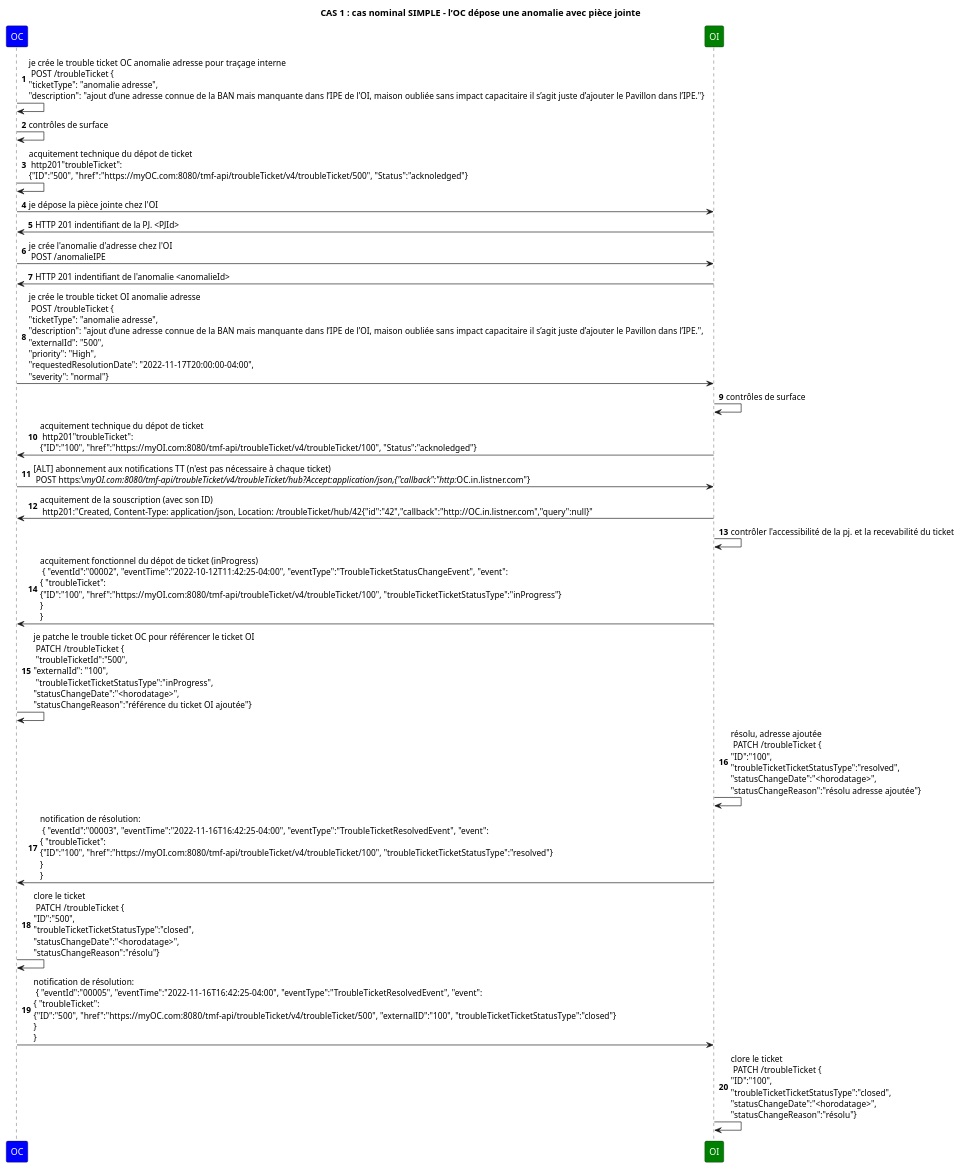
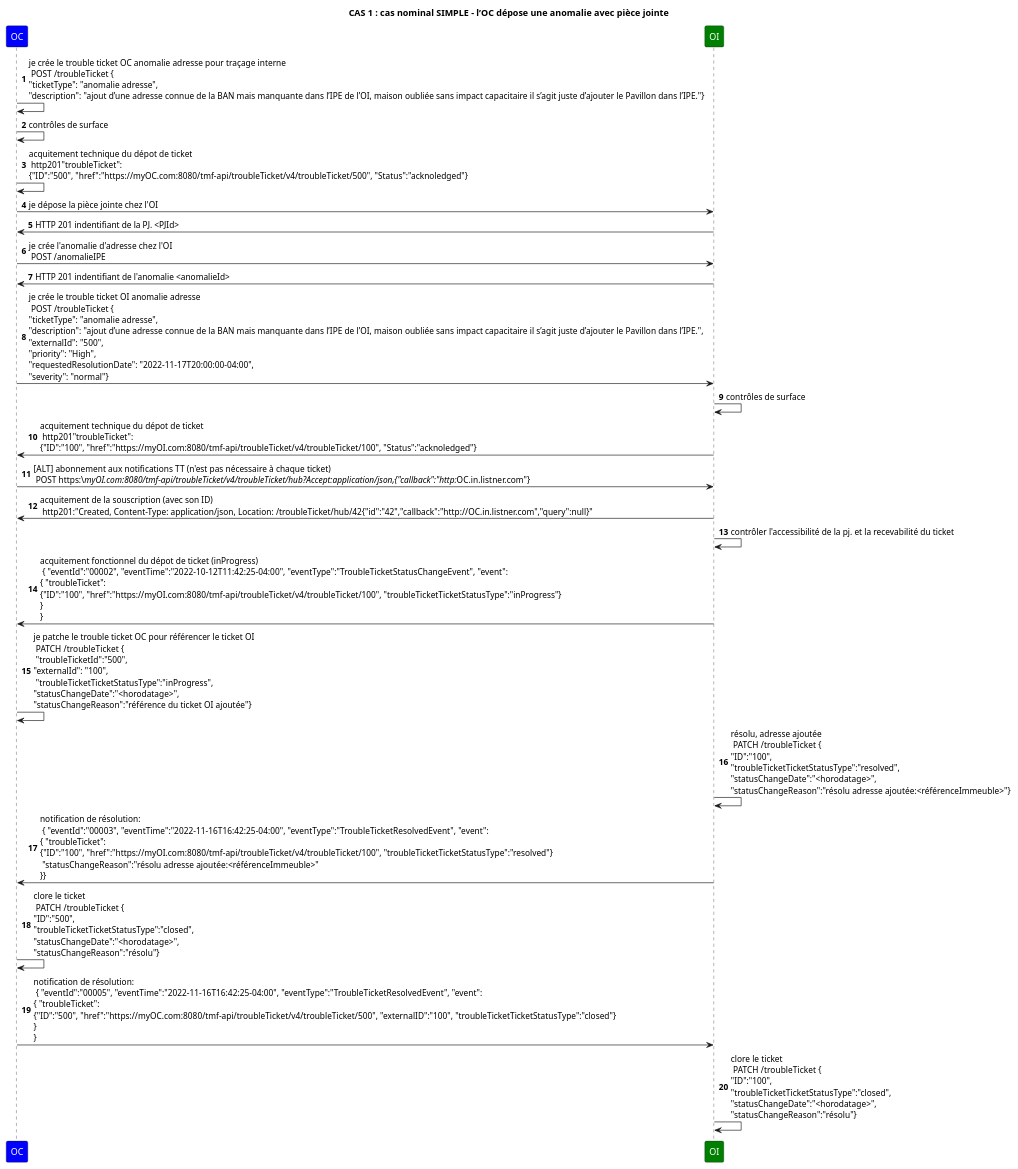
One commit to before-interop/anomalieAdresse changed the diagram in UC1_nominal.puml. Above: the diagram before and after it, drawn with PlantUML. The commit also changed other lines of this file, not shown here.

Commit message:
ajout référence immeuble dans séq 16 & 17

```diff
--- a/UC1_nominal.puml
+++ b/UC1_nominal.puml
@@ -1,55 +1,55 @@
 @startuml
 
 skinparam ParticipantFontColor automatic
 
 title: CAS 1 : cas nominal SIMPLE - l’OC dépose une anomalie avec pièce jointe 
 
 autonumber
 
 participant OC #Blue
 participant OI #Green
 
 
 OC->OC: je crée le trouble ticket OC anomalie adresse pour traçage interne \n POST /troubleTicket {\n"ticketType": "anomalie adresse",\n"description": "ajout d’une adresse connue de la BAN mais manquante dans l’IPE de l’OI, maison oubliée sans impact capacitaire il s’agit juste d’ajouter le Pavillon dans l’IPE."}
 OC->OC: contrôles de surface
 OC->OC: acquitement technique du dépot de ticket \n http201"troubleTicket": \n{"ID":"500", "href":"https://myOC.com:8080/tmf-api/troubleTicket/v4/troubleTicket/500", "Status":"acknoledged"}
 
 OC->OI: je dépose la pièce jointe chez l'OI
 OI->OC: HTTP 201 indentifiant de la PJ. <PJId>
 OC->OI: je crée l'anomalie d'adresse chez l'OI \n POST /anomalieIPE
 OI->OC: HTTP 201 indentifiant de l'anomalie <anomalieId>
 
 
 OC->OI: je crée le trouble ticket OI anomalie adresse \n POST /troubleTicket {\n"ticketType": "anomalie adresse",\n"description": "ajout d’une adresse connue de la BAN mais manquante dans l’IPE de l’OI, maison oubliée sans impact capacitaire il s’agit juste d’ajouter le Pavillon dans l’IPE.",\n"externalId": "500",\n"priority": "High",\n"requestedResolutionDate": "2022-11-17T20:00:00-04:00",\n"severity": "normal"}
 
 OI->OI: contrôles de surface
 
 OI->OC: acquitement technique du dépot de ticket \n http201"troubleTicket": \n{"ID":"100", "href":"https://myOI.com:8080/tmf-api/troubleTicket/v4/troubleTicket/100", "Status":"acknoledged"}
 
 
 OC->OI: [ALT] abonnement aux notifications TT (n'est pas nécessaire à chaque ticket) \n POST https:\//myOI.com:8080/tmf-api/troubleTicket/v4/troubleTicket/hub?Accept:application/json,{"callback":"http://OC.in.listner.com"}
 
 OI->OC: acquitement de la souscription (avec son ID) \n http201:"Created, Content-Type: application/json, Location: /troubleTicket/hub/42{"id":"42","callback":"http://OC.in.listner.com","query":null}"
 
 
 OI->OI: contrôler l'accessibilité de la pj. et la recevabilité du ticket
 
 OI->OC: acquitement fonctionnel du dépot de ticket (inProgress) \n { "eventId":"00002", "eventTime":"2022-10-12T11:42:25-04:00", "eventType":"TroubleTicketStatusChangeEvent", "event": \n{ "troubleTicket": \n{"ID":"100", "href":"https://myOI.com:8080/tmf-api/troubleTicket/v4/troubleTicket/100", "troubleTicketTicketStatusType":"inProgress"}\n} \n}
 
 OC->OC: je patche le trouble ticket OC pour référencer le ticket OI \n PATCH /troubleTicket {\n "troubleTicketId":"500",\n"externalId": "100",\n "troubleTicketTicketStatusType":"inProgress",\n"statusChangeDate":"<horodatage>",\n"statusChangeReason":"référence du ticket OI ajoutée"}
 
-OI->OI: résolu, adresse ajoutée \n PATCH /troubleTicket {\n"ID":"100",\n"troubleTicketTicketStatusType":"resolved",\n"statusChangeDate":"<horodatage>",\n"statusChangeReason":"résolu adresse ajoutée"}
+OI->OI: résolu, adresse ajoutée \n PATCH /troubleTicket {\n"ID":"100",\n"troubleTicketTicketStatusType":"resolved",\n"statusChangeDate":"<horodatage>",\n"statusChangeReason":"résolu adresse ajoutée:<référenceImmeuble>"}
 
-OI->OC: notification de résolution: \n { "eventId":"00003", "eventTime":"2022-11-16T16:42:25-04:00", "eventType":"TroubleTicketResolvedEvent", "event": \n{ "troubleTicket": \n{"ID":"100", "href":"https://myOI.com:8080/tmf-api/troubleTicket/v4/troubleTicket/100", "troubleTicketTicketStatusType":"resolved"}\n} \n}
+OI->OC: notification de résolution: \n { "eventId":"00003", "eventTime":"2022-11-16T16:42:25-04:00", "eventType":"TroubleTicketResolvedEvent", "event": \n{ "troubleTicket": \n{"ID":"100", "href":"https://myOI.com:8080/tmf-api/troubleTicket/v4/troubleTicket/100", "troubleTicketTicketStatusType":"resolved"}\n "statusChangeReason":"résolu adresse ajoutée:<référenceImmeuble>"\n}}
 
 
 OC->OC: clore le ticket \n PATCH /troubleTicket {\n"ID":"500",\n"troubleTicketTicketStatusType":"closed",\n"statusChangeDate":"<horodatage>",\n"statusChangeReason":"résolu"}
 
 OC->OI: notification de résolution: \n { "eventId":"00005", "eventTime":"2022-11-16T16:42:25-04:00", "eventType":"TroubleTicketResolvedEvent", "event": \n{ "troubleTicket": \n{"ID":"500", "href":"https://myOC.com:8080/tmf-api/troubleTicket/v4/troubleTicket/500", "externalID":"100", "troubleTicketTicketStatusType":"closed"}\n} \n}
 
 
 
 OI->OI: clore le ticket \n PATCH /troubleTicket {\n"ID":"100",\n"troubleTicketTicketStatusType":"closed",\n"statusChangeDate":"<horodatage>",\n"statusChangeReason":"résolu"}
 
 
 @enduml
```
